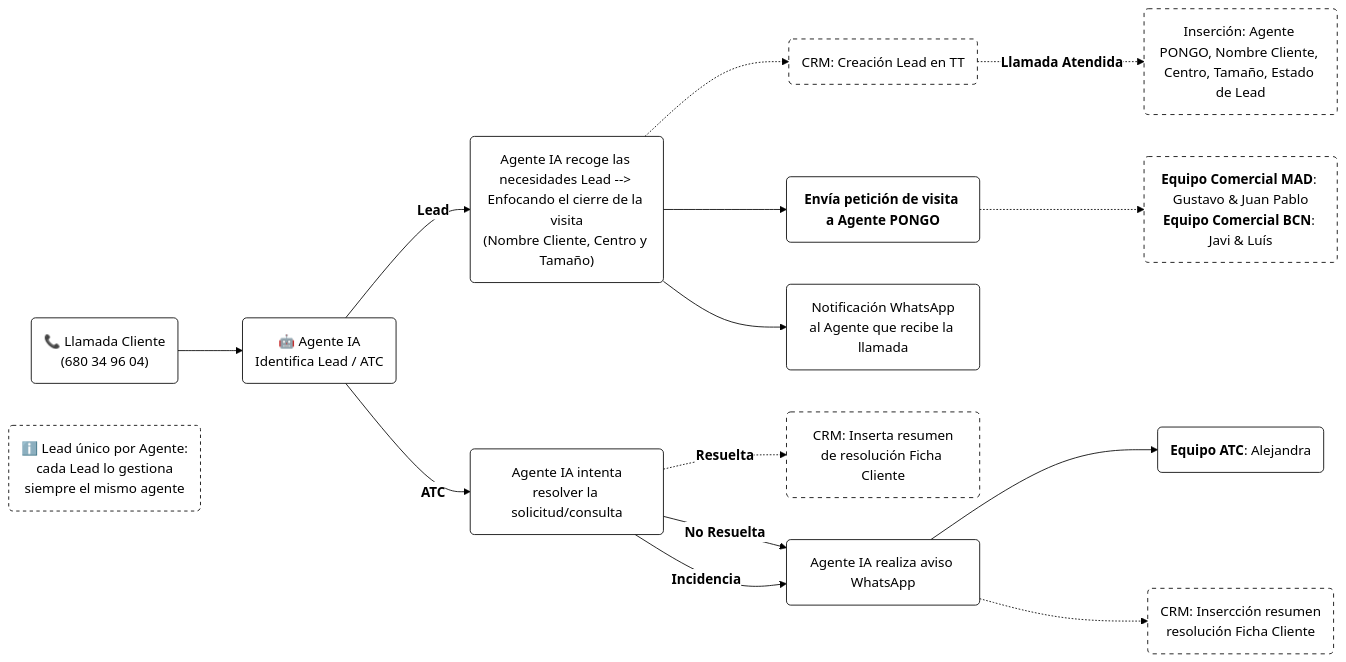
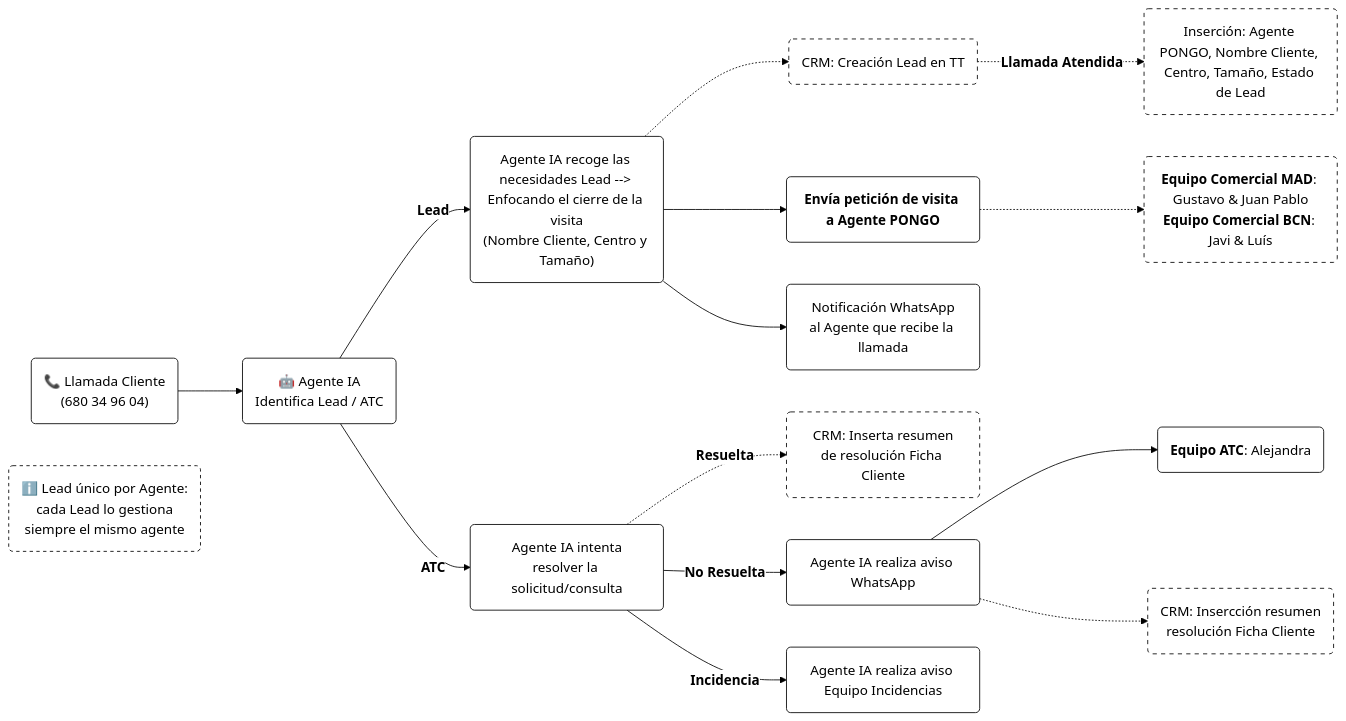
Before and after one commit to Fblanchete/Agente-IA: the diagram in flujo_en_horario (1).md, drawn with Mermaid.

Commit message:
Update flujo_en_horario (1).md

````diff
--- a/flujo_en_horario (1).md
+++ b/flujo_en_horario (1).md
@@ -3,34 +3,34 @@
 ```mermaid
 %%{init: {'theme': 'base', 'themeVariables': { 'fontFamily': 'Arial', 'background': '#FFFFFF', 'primaryColor': '#FFFFFF', 'primaryBorderColor': '#000000', 'primaryTextColor': '#000000', 'lineColor': '#000000', 'secondaryColor': '#FFFFFF', 'tertiaryColor': '#FFFFFF'}}}%%
 flowchart LR
     A1("📞 Llamada Cliente<br/>(680 34 96 04)") --> A2("🤖 Agente IA<br/>Identifica Lead / ATC")
 
     A2 -->|"`**Lead**`"| L2("Agente IA recoge las necesidades Lead --> Enfocando el cierre de la visita<br/>(Nombre Cliente, Centro y Tamaño)")
     L2 -.-> CRM1("CRM: Creación Lead en TT")
     L2 --> L4("`**Envía petición de visita a Agente PONGO**`")
     L2 --> L5("Notificación WhatsApp<br/>al Agente que recibe la llamada")
     L4 -.-> L6("`**Equipo Comercial MAD**: Gustavo & Juan Pablo<br/>**Equipo Comercial BCN**: Javi & Luís`")
     CRM1 -.-> |"`**Llamada Atendida**`"| LA("Inserción: Agente PONGO, Nombre Cliente, Centro, Tamaño, Estado de Lead")
 
     A2 -->|"`**ATC**`"| T1("Agente IA intenta<br/>resolver la solicitud/consulta")
     T1 -.->|"`**Resuelta**`"| CRM2("CRM: Inserta resumen<br/>de resolución Ficha Cliente")
     T1 -->|"`**No Resuelta**`"| T2("Agente IA realiza aviso WhatsApp")
-    T1 -->|"`**Incidencia**`"| T2("Agente IA realiza aviso WhatsApp")
+    T1 -->|"`**Incidencia**`"| T4("Agente IA realiza aviso Equipo Incidencias")
     T2 --> T3("`**Equipo ATC**: Alejandra`")
     T2 -.-> CRM3("CRM: Insercción resumen<br/>resolución Ficha Cliente")
   
 
     N0("ℹ️ Lead único por Agente:<br/>cada Lead lo gestiona<br/>siempre el mismo agente")
 
 
     classDef todos fill:#FFFFFF,stroke:#000000,color:#000000
     classDef nota fill:#FFFFFF,stroke:#000000,color:#000000,stroke-dasharray: 4 4
     classDef comment fill:#FFFFFF,stroke:#FF2C2C,color:#000000,stroke-dasharray: 5 5
     classDef CRM fill:#FFFFFF,stroke:#000000,color:#000000,stroke-dasharray: 5 5
-    class A1,A2,L2,L4,L5,T1,T2,T3 todos
+    class A1,A2,L2,L4,L5,T1,T2,T3,T4 todos
     class N0 nota
     class L3 comment
     class CRM1,LA,LNA,CRM3,CRM2,L6 CRM
    
 
 ```
````
